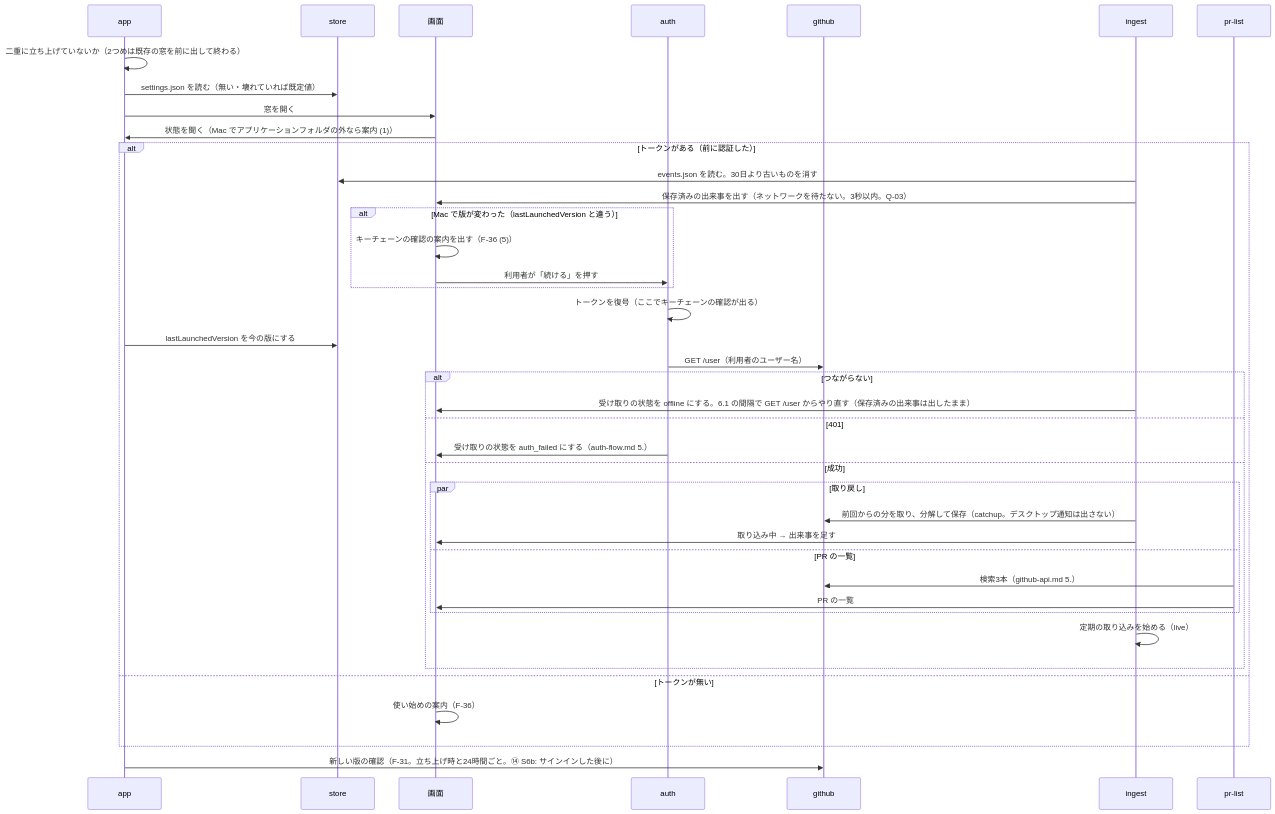
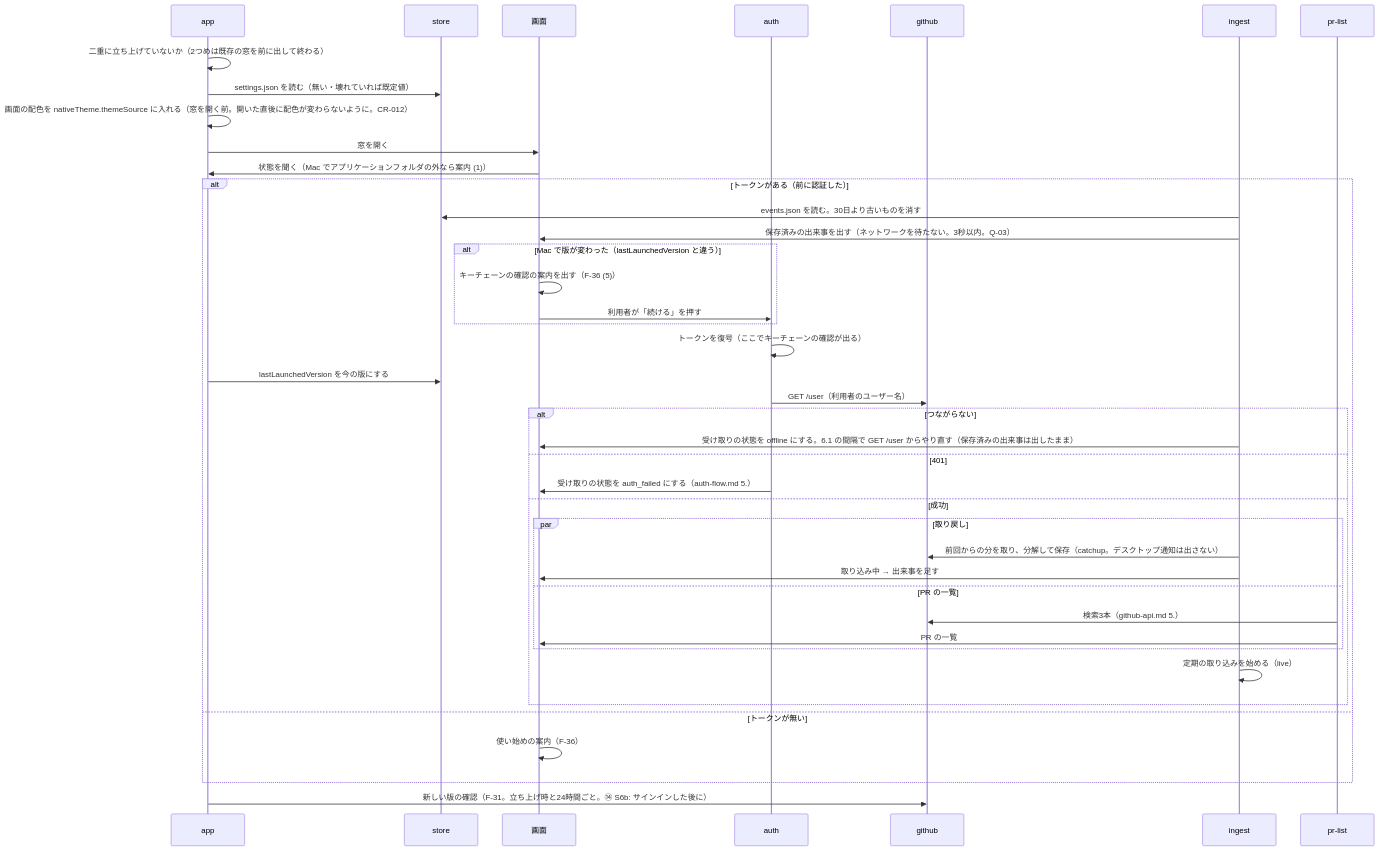
The second of 2 diagrams in docs/design/components/component-backend.md (zonbitamago/github-inbox), drawn with Mermaid before and after one commit. The commit also changed other lines of this file and 14 other files, not shown here.

````diff
--- a/docs/design/components/component-backend.md
+++ b/docs/design/components/component-backend.md
@@ -185,43 +187,44 @@
 ```mermaid
 sequenceDiagram
   participant A as app
   participant S as store
   participant W as 画面
   participant AU as auth
   participant G as github
   participant I as ingest
   participant P as pr-list
 
   A->>A: 二重に立ち上げていないか（2つめは既存の窓を前に出して終わる）
   A->>S: settings.json を読む（無い・壊れていれば既定値）
+  A->>A: 画面の配色を nativeTheme.themeSource に入れる（窓を開く前。開いた直後に配色が変わらないように。CR-012）
   A->>W: 窓を開く
   W->>A: 状態を聞く（Mac でアプリケーションフォルダの外なら案内 (1)）
   alt トークンがある（前に認証した）
     I->>S: events.json を読む。30日より古いものを消す
     I->>W: 保存済みの出来事を出す（ネットワークを待たない。3秒以内。Q-03）
     alt Mac で版が変わった（lastLaunchedVersion と違う）
       W->>W: キーチェーンの確認の案内を出す（F-36 (5)）
       W->>AU: 利用者が「続ける」を押す
     end
     AU->>AU: トークンを復号（ここでキーチェーンの確認が出る）
     A->>S: lastLaunchedVersion を今の版にする
     AU->>G: GET /user（利用者のユーザー名）
     alt つながらない
       I->>W: 受け取りの状態を offline にする。6.1 の間隔で GET /user からやり直す（保存済みの出来事は出したまま）
     else 401
       AU->>W: 受け取りの状態を auth_failed にする（auth-flow.md 5.）
     else 成功
       par 取り戻し
         I->>G: 前回からの分を取り、分解して保存（catchup。デスクトップ通知は出さない）
         I->>W: 取り込み中 → 出来事を足す
       and PR の一覧
         P->>G: 検索3本（github-api.md 5.）
         P->>W: PR の一覧
       end
       I->>I: 定期の取り込みを始める（live）
     end
   else トークンが無い
     W->>W: 使い始めの案内（F-36）
   end
   A->>G: 新しい版の確認（F-31。立ち上げ時と24時間ごと。⑭ S6b: サインインした後に）
 ```
````
